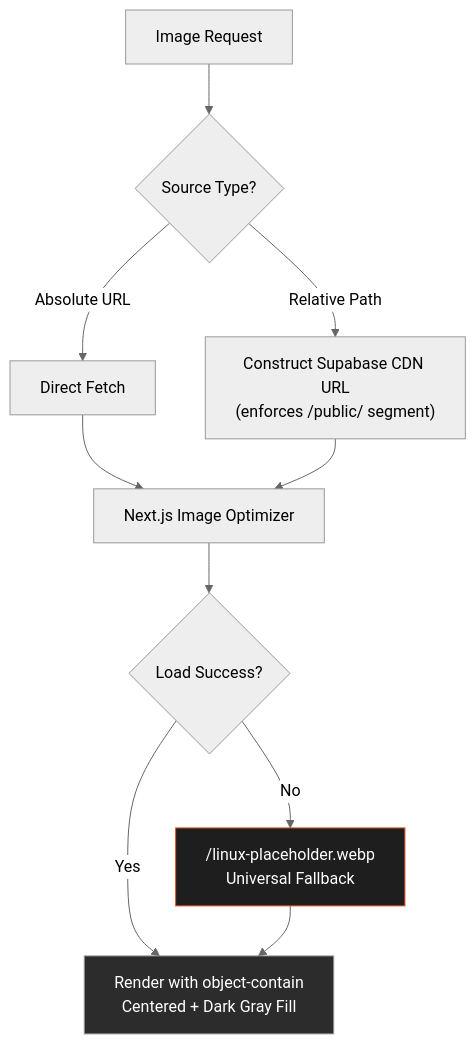
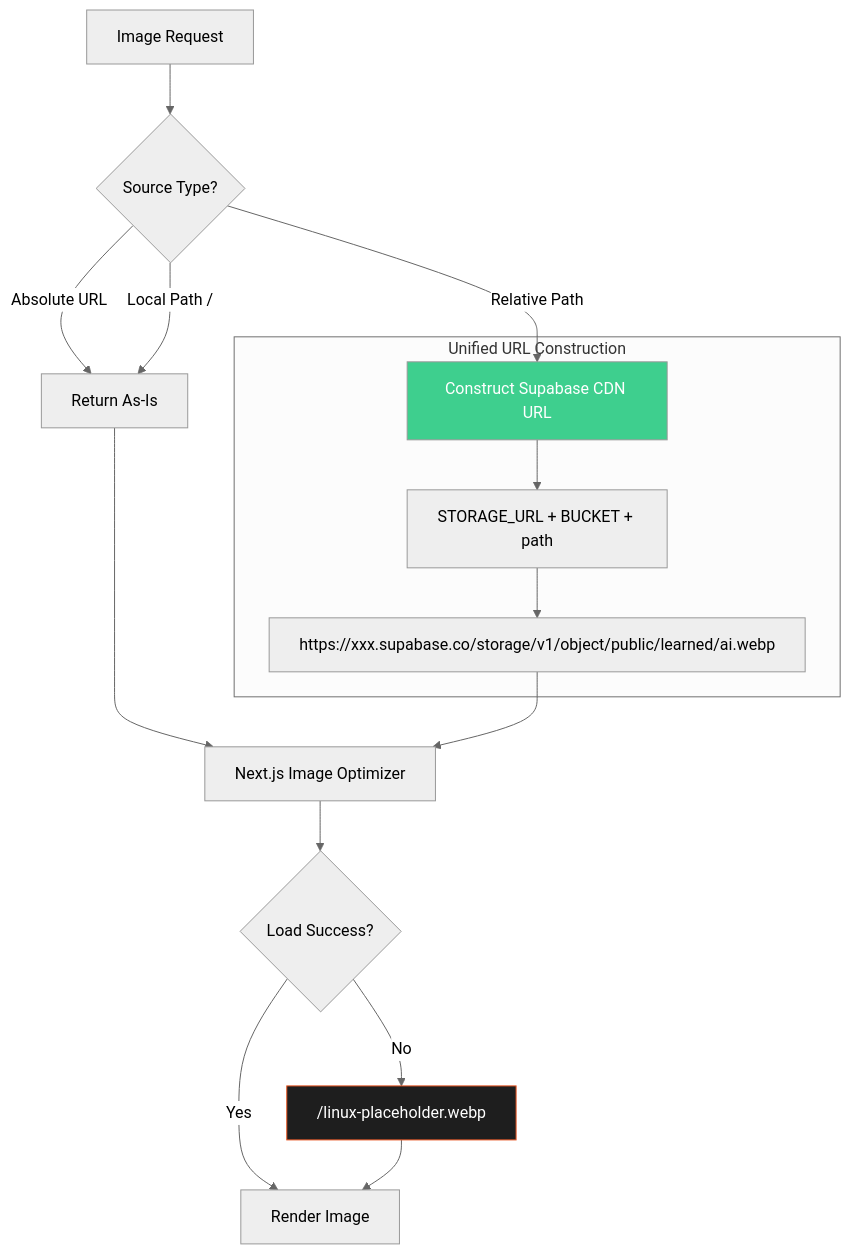
The fourth of 8 diagrams in README.md (bhargava562/my-portfolio), drawn with Mermaid (neutral theme) before and after one commit. The commit also changed other lines of this file and 7 other files, not shown here.

Commit message:
refactor: unify Supabase storage URL construction, add ImageWithFallback fill mode, and enhance sync engine with Promise.allSettled and service role key

````diff
--- a/README.md
+++ b/README.md
@@ -133,15 +149,22 @@
 ```mermaid
 flowchart TD
     A["Image Request"] --> B{"Source Type?"}
-    B -->|Absolute URL| C["Direct Fetch"]
-    B -->|Relative Path| D["Construct Supabase CDN URL\n(enforces /public/ segment)"]
-    C --> E["Next.js Image Optimizer"]
-    D --> E
-    E --> F{"Load Success?"}
-    F -->|Yes| G["Render with object-contain\nCentered + Dark Gray Fill"]
-    F -->|No| H["/linux-placeholder.webp\nUniversal Fallback"]
-    H --> G
+    B -->|Absolute URL| C["Return As-Is"]
+    B -->|Local Path /| C
+    B -->|Relative Path| D["Construct Supabase CDN URL"]
 
-    style H fill:#1E1E1E,color:#fff,stroke:#E95420
-    style G fill:#2C2C2C,color:#fff
+    subgraph URL["Unified URL Construction"]
+        D --> E["STORAGE_URL + BUCKET + path"]
+        E --> F["https://xxx.supabase.co/storage/v1/object/public/learned/ai.webp"]
+    end
+
+    C --> G["Next.js Image Optimizer"]
+    F --> G
+    G --> H{"Load Success?"}
+    H -->|Yes| I["Render Image"]
+    H -->|No| J["/linux-placeholder.webp"]
+    J --> I
+
+    style D fill:#3ECF8E,color:#fff
+    style J fill:#1E1E1E,color:#fff,stroke:#E95420
 ```
````
